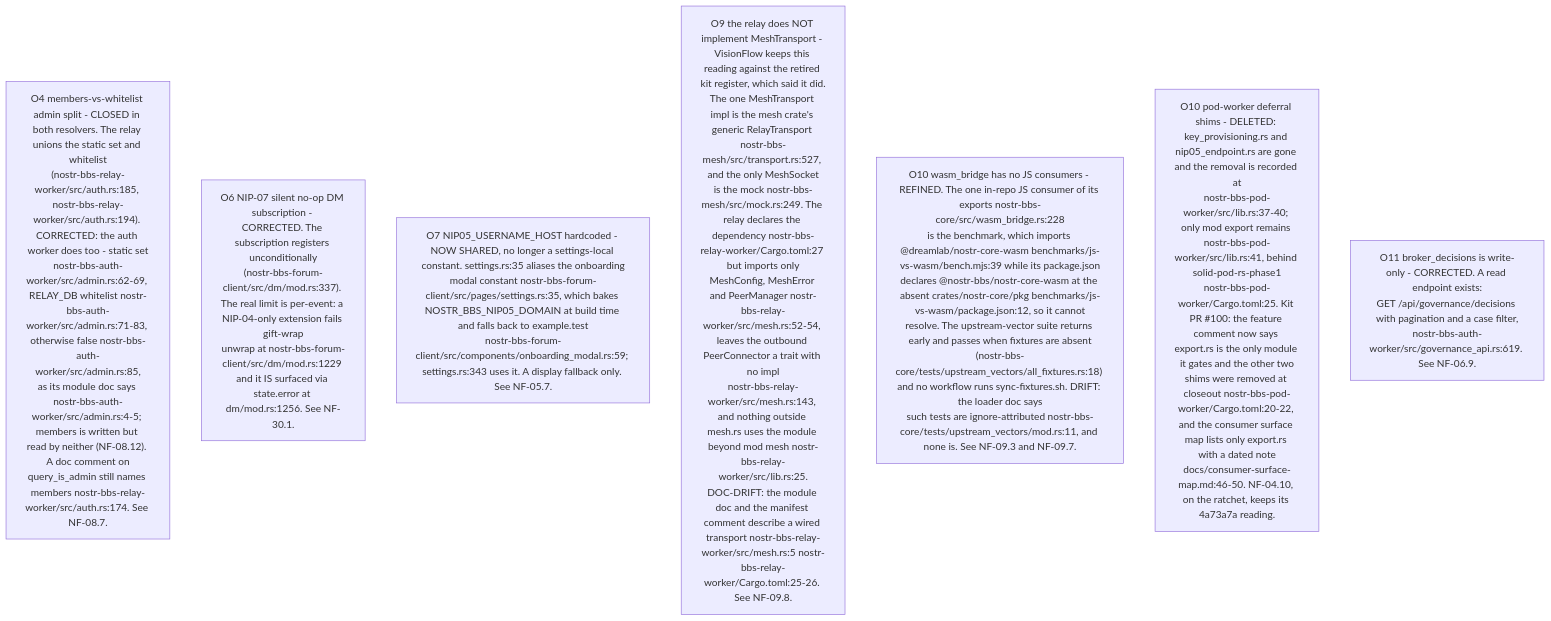
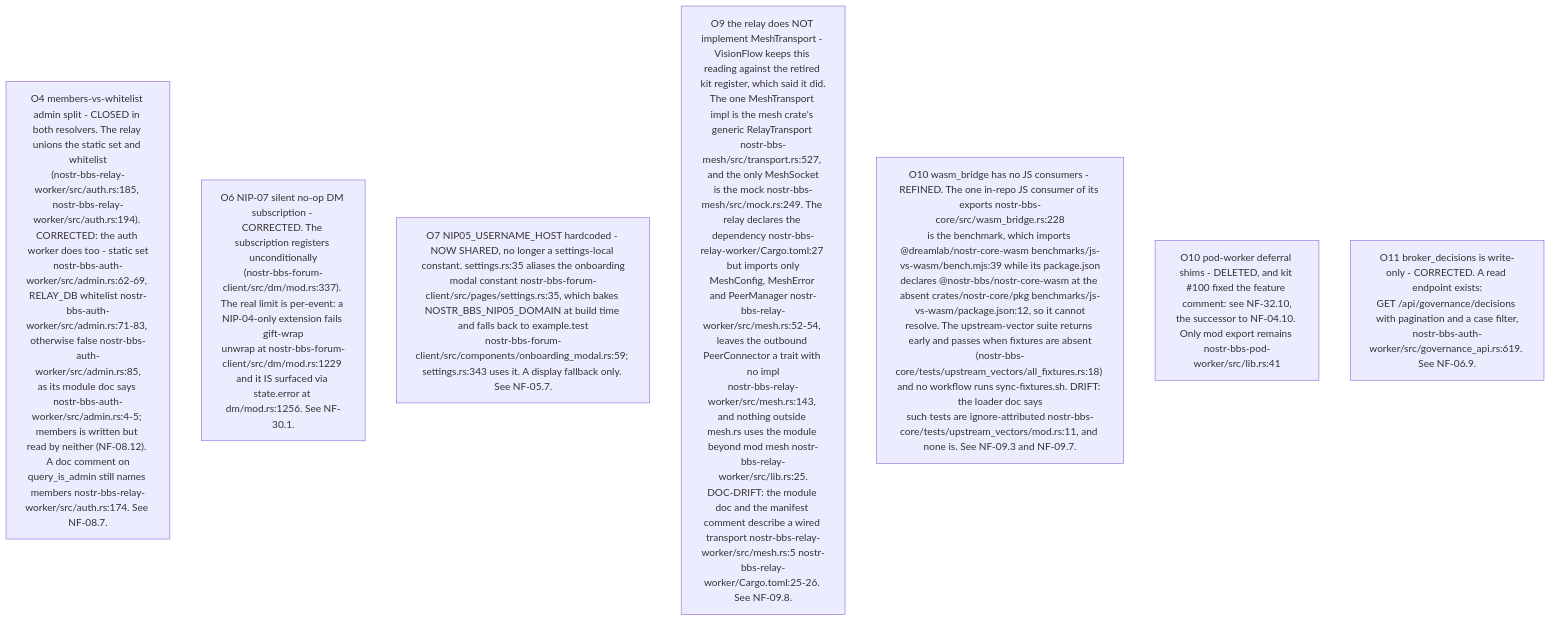
One commit to DreamLab-AI/VisionFlow changed the first of 12 diagrams in docs/diagrams/nostr-rust-forum/32-register-at-de31aaa-drift-closures-kf31-35-and-kanban-intents.md. Above: the diagram before and after it, drawn with Mermaid. The commit also changed other lines of this file and 7 other files, not shown here.

````diff
--- a/docs/diagrams/nostr-rust-forum/32-register-at-de31aaa-drift-closures-kf31-35-and-kanban-intents.md
+++ b/docs/diagrams/nostr-rust-forum/32-register-at-de31aaa-drift-closures-kf31-35-and-kanban-intents.md
@@ -131,10 +140,10 @@
 ```mermaid
 flowchart TB
     O4["O4 members-vs-whitelist admin split - CLOSED in both resolvers. The relay unions the static set and whitelist<br/>(nostr-bbs-relay-worker/src/auth.rs:185, nostr-bbs-relay-worker/src/auth.rs:194). CORRECTED: the auth worker does too - static set<br/>nostr-bbs-auth-worker/src/admin.rs:62-69, RELAY_DB whitelist nostr-bbs-auth-worker/src/admin.rs:71-83, otherwise false nostr-bbs-auth-worker/src/admin.rs:85,<br/>as its module doc says nostr-bbs-auth-worker/src/admin.rs:4-5; members is written but read by neither (NF-08.12). A doc comment on<br/>query_is_admin still names members nostr-bbs-relay-worker/src/auth.rs:174. See NF-08.7."]
     O6["O6 NIP-07 silent no-op DM subscription - CORRECTED. The subscription registers unconditionally<br/>(nostr-bbs-forum-client/src/dm/mod.rs:337). The real limit is per-event: a NIP-04-only extension fails gift-wrap<br/>unwrap at nostr-bbs-forum-client/src/dm/mod.rs:1229 and it IS surfaced via state.error at dm/mod.rs:1256. See NF-30.1."]
     O7["O7 NIP05_USERNAME_HOST hardcoded - NOW SHARED, no longer a settings-local constant. settings.rs:35 aliases the onboarding<br/>modal constant nostr-bbs-forum-client/src/pages/settings.rs:35, which bakes NOSTR_BBS_NIP05_DOMAIN at build time and falls back to example.test<br/>nostr-bbs-forum-client/src/components/onboarding_modal.rs:59; settings.rs:343 uses it. A display fallback only. See NF-05.7."]
     O9["O9 the relay does NOT implement MeshTransport - VisionFlow keeps this reading against the retired kit register, which said it did.<br/>The one MeshTransport impl is the mesh crate's generic RelayTransport nostr-bbs-mesh/src/transport.rs:527, and the only MeshSocket<br/>is the mock nostr-bbs-mesh/src/mock.rs:249. The relay declares the dependency nostr-bbs-relay-worker/Cargo.toml:27 but imports only<br/>MeshConfig, MeshError and PeerManager nostr-bbs-relay-worker/src/mesh.rs:52-54, leaves the outbound PeerConnector a trait with no impl<br/>nostr-bbs-relay-worker/src/mesh.rs:143, and nothing outside mesh.rs uses the module beyond mod mesh nostr-bbs-relay-worker/src/lib.rs:25.<br/>DOC-DRIFT: the module doc and the manifest comment describe a wired transport nostr-bbs-relay-worker/src/mesh.rs:5 nostr-bbs-relay-worker/Cargo.toml:25-26. See NF-09.8."]
     O10["O10 wasm_bridge has no JS consumers - REFINED. The one in-repo JS consumer of its exports nostr-bbs-core/src/wasm_bridge.rs:228<br/>is the benchmark, which imports @dreamlab/nostr-core-wasm benchmarks/js-vs-wasm/bench.mjs:39 while its package.json<br/>declares @nostr-bbs/nostr-core-wasm at the absent crates/nostr-core/pkg benchmarks/js-vs-wasm/package.json:12, so it cannot<br/>resolve. The upstream-vector suite returns early and passes when fixtures are absent<br/>(nostr-bbs-core/tests/upstream_vectors/all_fixtures.rs:18) and no workflow runs sync-fixtures.sh. DRIFT: the loader doc says<br/>such tests are ignore-attributed nostr-bbs-core/tests/upstream_vectors/mod.rs:11, and none is. See NF-09.3 and NF-09.7."]
-    O10b["O10 pod-worker deferral shims - DELETED: key_provisioning.rs and nip05_endpoint.rs are gone and the removal is recorded at<br/>nostr-bbs-pod-worker/src/lib.rs:37-40; only mod export remains nostr-bbs-pod-worker/src/lib.rs:41, behind solid-pod-rs-phase1<br/>nostr-bbs-pod-worker/Cargo.toml:25. Kit PR #100: the feature comment now says export.rs is the only module it gates and the other two<br/>shims were removed at closeout nostr-bbs-pod-worker/Cargo.toml:20-22, and the consumer surface map lists only export.rs with a dated note<br/>docs/consumer-surface-map.md:46-50. NF-04.10, on the ratchet, keeps its 4a73a7a reading."]
+    O10b["O10 pod-worker deferral shims - DELETED, and kit #100 fixed the feature comment: see NF-32.10,<br/>the successor to NF-04.10. Only mod export remains nostr-bbs-pod-worker/src/lib.rs:41"]
     O11c["O11 broker_decisions is write-only - CORRECTED. A read endpoint exists:<br/>GET /api/governance/decisions with pagination and a case filter,<br/>nostr-bbs-auth-worker/src/governance_api.rs:619. See NF-06.9."]
 ```
````
